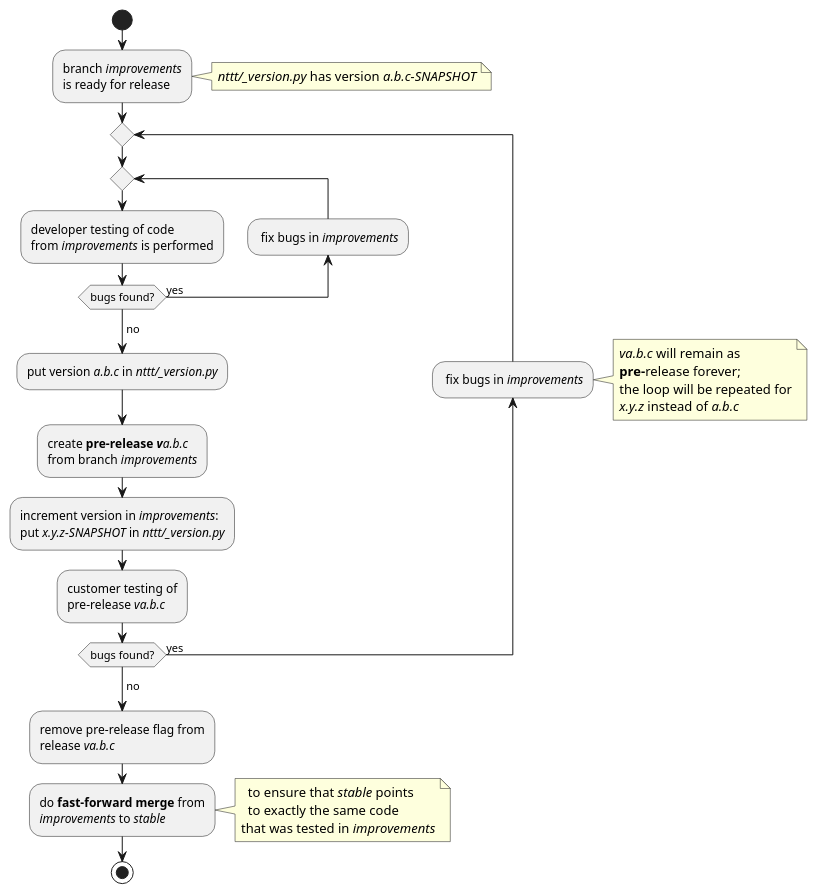
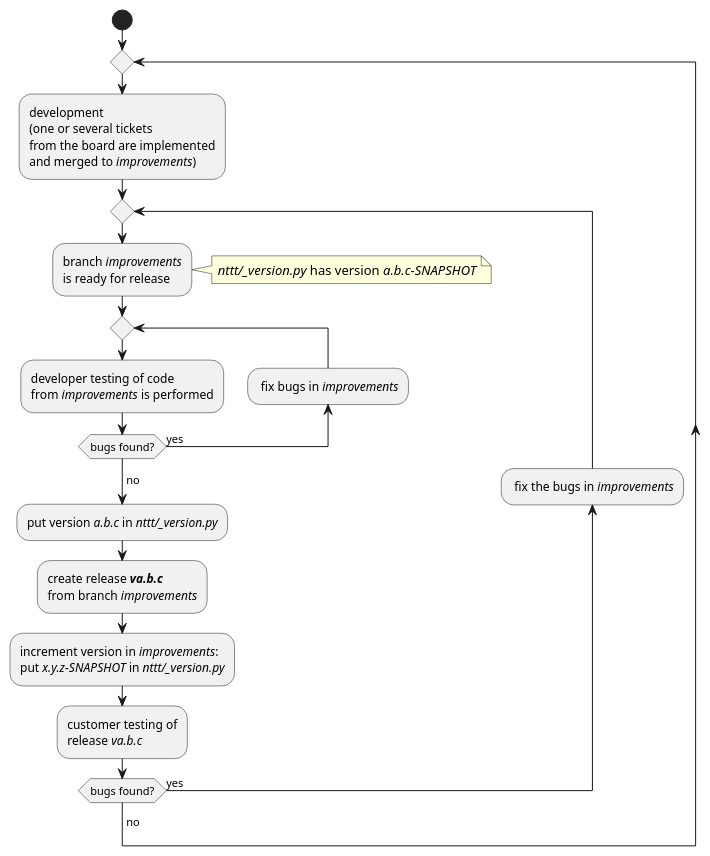
The diagram in doc/release_process.plantuml (wheleph/nttt), drawn with PlantUML before and after one commit.

Commit message:
Simplify the release process

```diff
--- a/doc/release_process.plantuml
+++ b/doc/release_process.plantuml
@@ -1,53 +1,42 @@
 @startuml
 start
 
-:branch //improvements//
-is ready for release;
+repeat
 
-note right
-  //nttt/_version.py// has version //a.b.c-SNAPSHOT//
-end note
+:development
+(one or several tickets
+from the board are implemented
+and merged to //improvements//);
 
 repeat
+  :branch //improvements//
+  is ready for release;
+
+  note right
+    //nttt/_version.py// has version //a.b.c-SNAPSHOT//
+  end note
+
   repeat
     :developer testing of code
     from //improvements// is performed;
     backward: fix bugs in //improvements//;
-  repeat while (bugs found?)  is (yes)
+  repeat while (bugs found?) is (yes)
   ->no;
   :put version //a.b.c// in //nttt/_version.py//;
 
-  :create **pre-release** //**v**a.b.c//
+  :create release //**va.b.c**//
   from branch //improvements//;
 
   :increment version in //improvements//:
   put //x.y.z-SNAPSHOT// in //nttt/_version.py//;
 
   :customer testing of
-  pre-release //va.b.c//;
+  release //va.b.c//;
 
-  backward: fix bugs in //improvements//;
-
-  note right
-    //va.b.c// will remain as
-    **pre-**release forever;
-    the loop will be repeated for
-    //x.y.z// instead of //a.b.c//
-  end note
+  backward: fix the bugs in //improvements//;
 repeat while (bugs found?) is (yes)
 ->no;
 
-:remove pre-release flag from
-release //va.b.c//;
+repeat while
 
-:do **fast-forward merge** from
-//improvements// to //stable//;
-
-note right
-  to ensure that //stable// points
-  to exactly the same code
-that was tested in //improvements//
-end note
-
-stop
 @enduml
```
